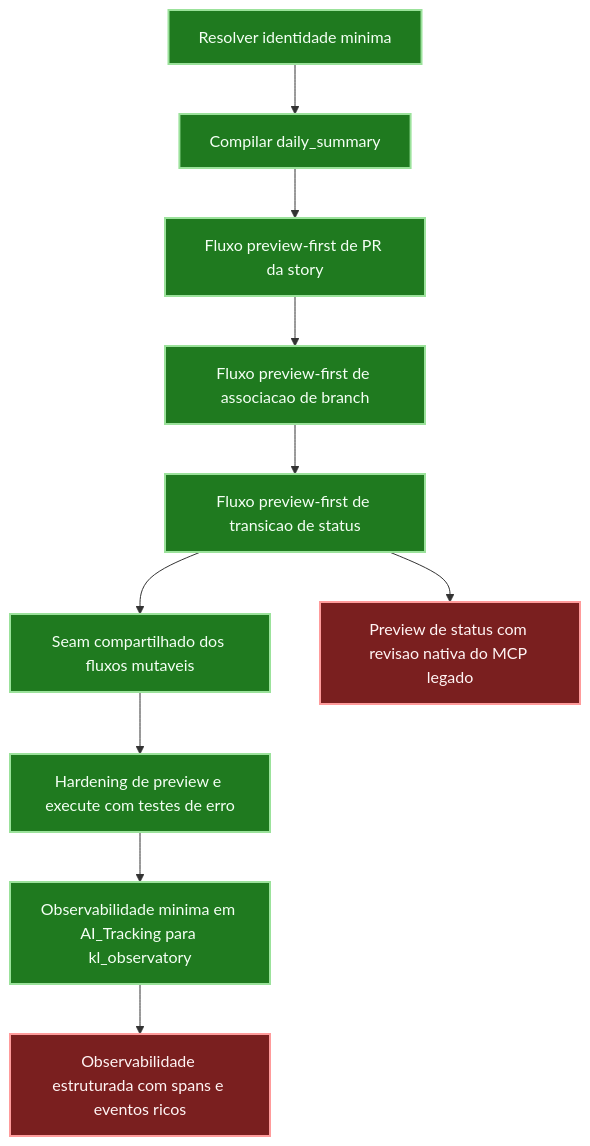
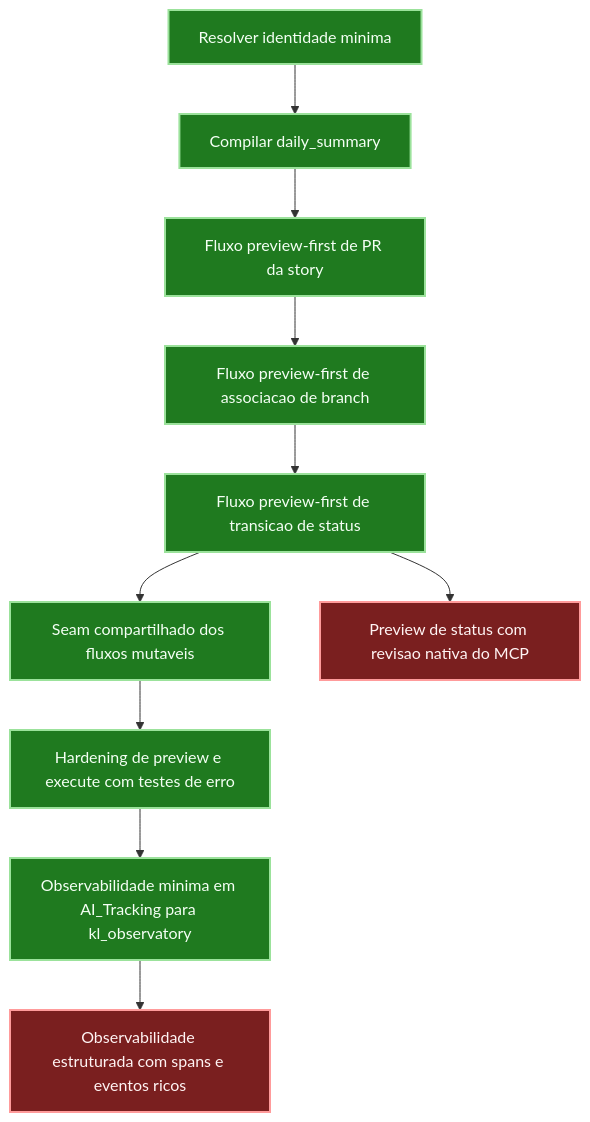
One commit to marcosambra/kwikledgers_langgraph changed the second of 2 diagrams in README.md. Above: the diagram before and after it, drawn with Mermaid. The commit also changed other lines of this file and 8 other files, not shown here.

````diff
--- a/README.md
+++ b/README.md
@@ -190,18 +183,18 @@
 ```mermaid
 flowchart TD
 	A[Resolver identidade minima] --> B[Compilar daily_summary]
 	B --> C[Fluxo preview-first de PR da story]
 	C --> D[Fluxo preview-first de associacao de branch]
 	D --> E[Fluxo preview-first de transicao de status]
 	E --> F[Seam compartilhado dos fluxos mutaveis]
 	F --> G[Hardening de preview e execute com testes de erro]
 	G --> H[Observabilidade minima em AI_Tracking para kl_observatory]
 	H --> I[Observabilidade estruturada com spans e eventos ricos]
-	E --> J[Preview de status com revisao nativa do MCP legado]
+	E --> J[Preview de status com revisao nativa do MCP]
 
 	classDef done fill:#1f7a1f,stroke:#9be29b,color:#f4fff4,stroke-width:2px;
 	classDef pending fill:#7a1f1f,stroke:#ff9b9b,color:#fff4f4,stroke-width:2px;
 
 	class A,B,C,D,E,F,G,H done;
 	class I,J pending;
 ```
````
